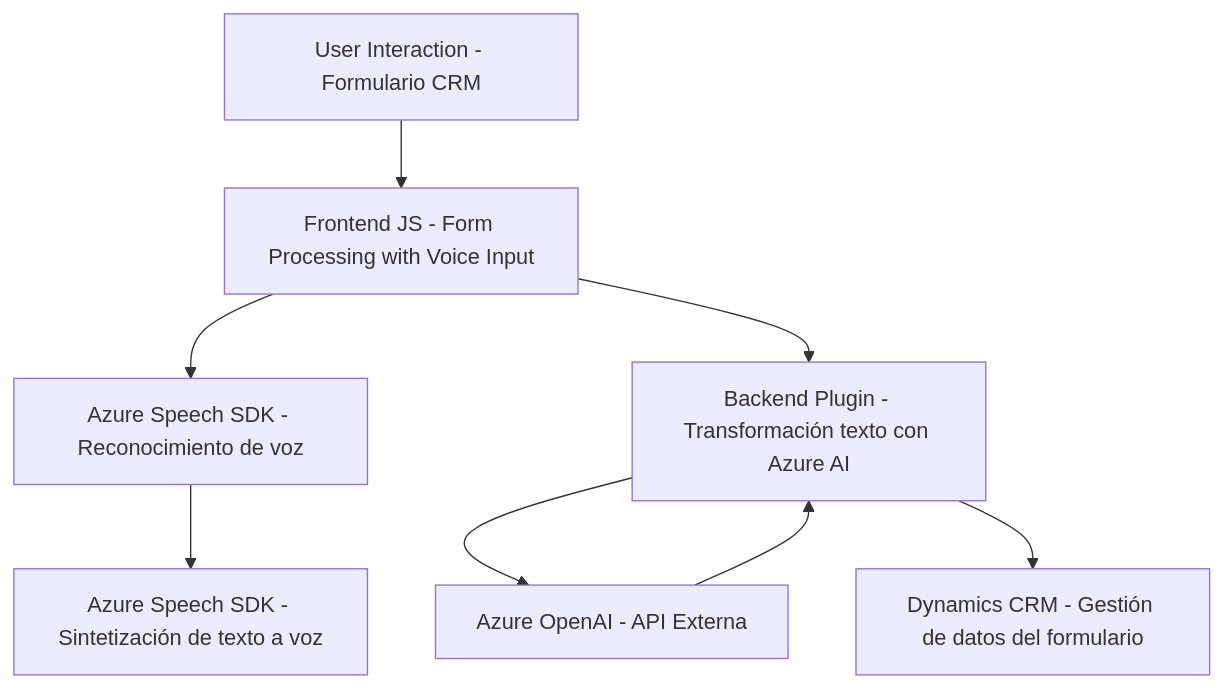
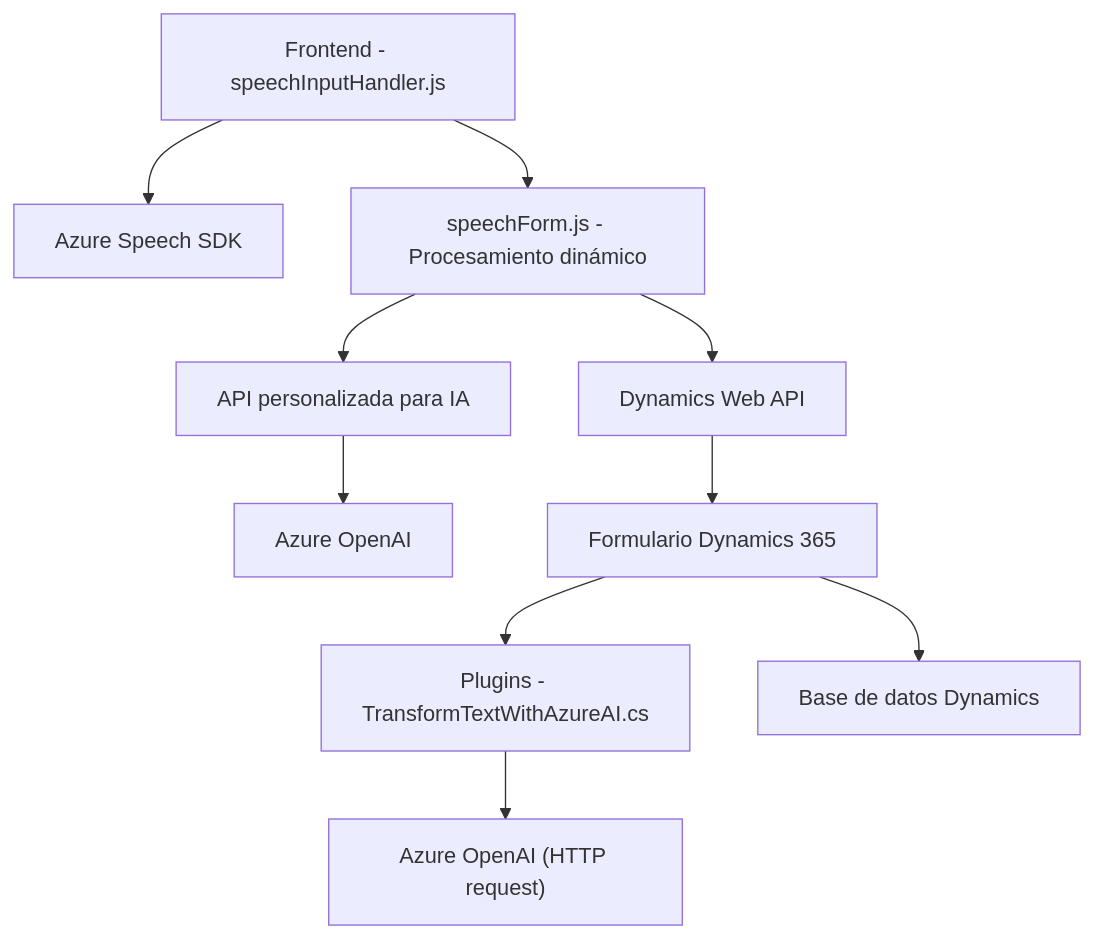
Before and after one commit to blopezdm/NETCORE_BILBAO2025: the diagram in README.md, drawn with Mermaid. The commit also changed other lines of this file, not shown here.

Commit message:
Actualizar análisis global de la solución con IA

````diff
--- a/README.md
+++ b/README.md
@@ -39,18 +51,12 @@
 ```mermaid
 graph TD
-    A["User Interaction - Formulario CRM"]
-    B["Frontend JS - Form Processing with Voice Input"]
-    C["Azure Speech SDK - Reconocimiento de voz"]
-    D["Azure Speech SDK - Sintetización de texto a voz"]
-    E["Backend Plugin - Transformación texto con Azure AI"]
-    F["Azure OpenAI - API Externa"]
-    G["Dynamics CRM - Gestión de datos del formulario"]
-
-    A --> B
-    B --> C
-    C --> D
-    B --> E
-    E --> F
-    F --> E
-    E --> G
+  A["Frontend - speechInputHandler.js"] --> B["Azure Speech SDK"]
+  A --> C["speechForm.js - Procesamiento dinámico"]
+  C --> D["API personalizada para IA"]
+  D --> E["Azure OpenAI"]
+  C --> F["Dynamics Web API"]
+  F --> G["Formulario Dynamics 365"]
+  G --> H["Plugins - TransformTextWithAzureAI.cs"]
+  H --> I["Azure OpenAI (HTTP request)"]
+  G --> J["Base de datos Dynamics"]
 ```
````
